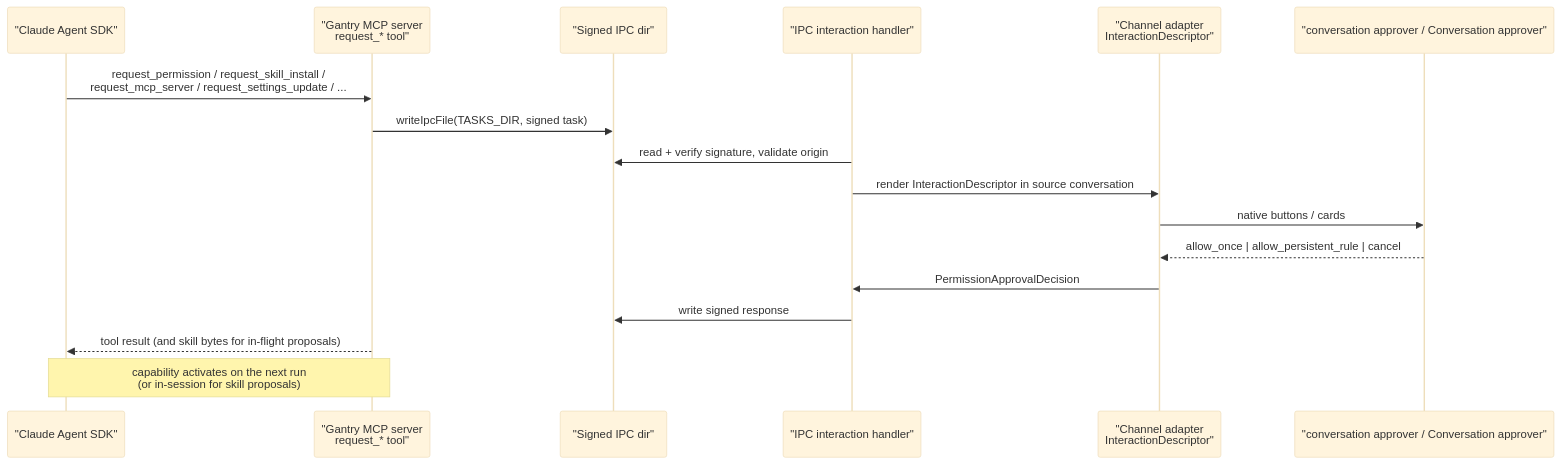
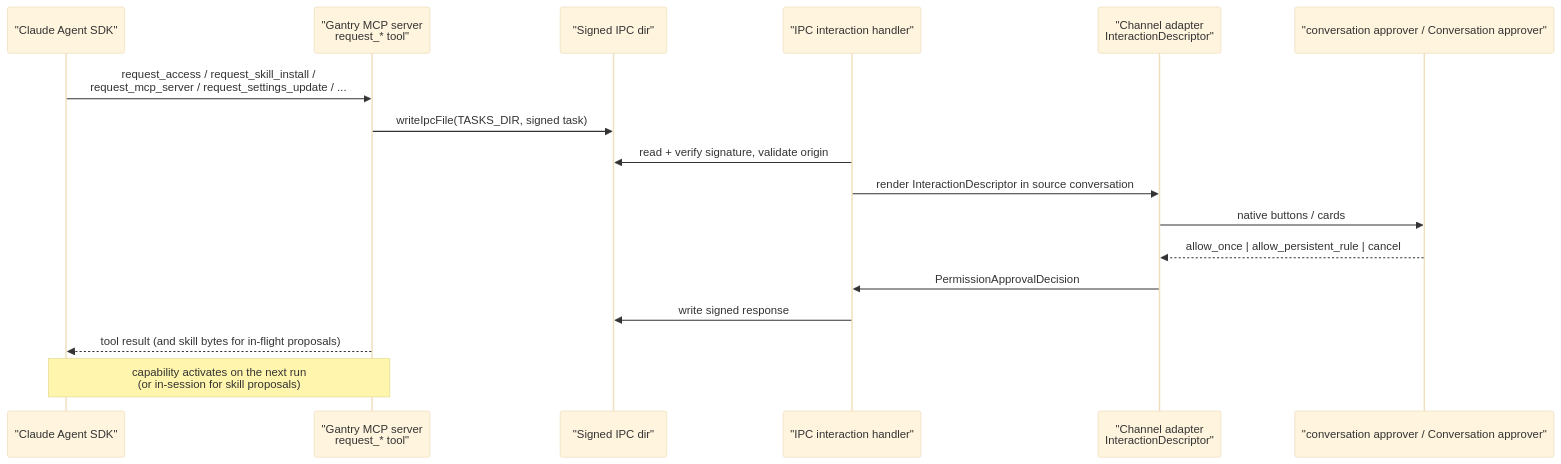
One commit to knacklabs-ai/gantry changed the seventh of 12 diagrams in docs/architecture/overview.md. Above: the diagram before and after it, drawn with Mermaid (base theme). The commit also changed other lines of this file and 125 other files, not shown here.

First line of the commit message:
feat(access): unify capability/source/permission into single Agent Access model

````diff
--- a/docs/architecture/overview.md
+++ b/docs/architecture/overview.md
@@ -414,20 +412,20 @@
 ```mermaid
 sequenceDiagram
   participant Agent as "Claude Agent SDK"
   participant Mcp as "Gantry MCP server<br/>request_* tool"
   participant Ipc as "Signed IPC dir"
   participant Host as "IPC interaction handler"
   participant Surface as "Channel adapter<br/>InteractionDescriptor"
   participant Approver as "conversation approver / Conversation approver"
 
-  Agent->>Mcp: request_permission / request_skill_install /<br/>request_mcp_server / request_settings_update / ...
+  Agent->>Mcp: request_access / request_skill_install /<br/>request_mcp_server / request_settings_update / ...
   Mcp->>Ipc: writeIpcFile(TASKS_DIR, signed task)
   Host->>Ipc: read + verify signature, validate origin
   Host->>Surface: render InteractionDescriptor in source conversation
   Surface->>Approver: native buttons / cards
   Approver-->>Surface: allow_once | allow_persistent_rule | cancel
   Surface->>Host: PermissionApprovalDecision
   Host->>Ipc: write signed response
   Mcp-->>Agent: tool result (and skill bytes for in-flight proposals)
   Note over Mcp,Agent: capability activates on the next run<br/>(or in-session for skill proposals)
 ```
````
